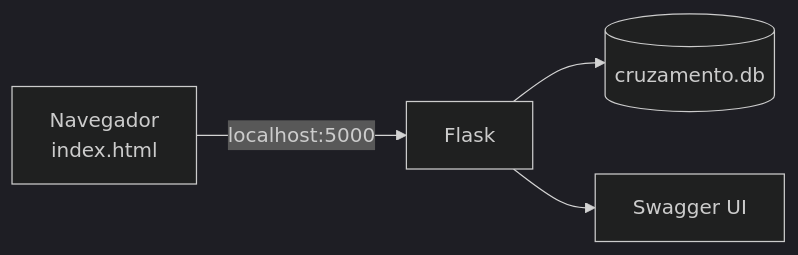
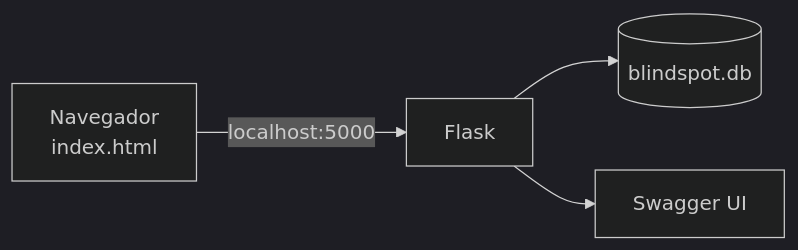
The third of 3 diagrams in docs/03-arquitetura.md (Rafael-Farsura/blind-spot), drawn with Mermaid (dark theme) before and after one commit. The commit also changed other lines of this file and 14 other files, not shown here.

````diff
--- a/docs/03-arquitetura.md
+++ b/docs/03-arquitetura.md
@@ -125,6 +125,6 @@
 ```mermaid
 flowchart LR
   A[Navegador\nindex.html] -->|localhost:5000| B[Flask]
-  B --> C[(cruzamento.db)]
+  B --> C[(blindspot.db)]
   B --> D[Swagger UI]
 ```
````
